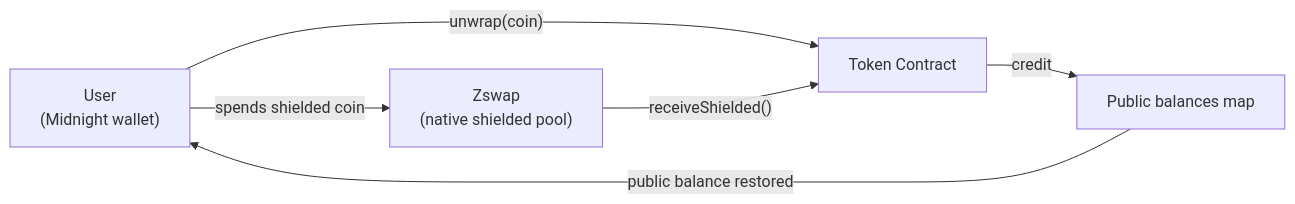
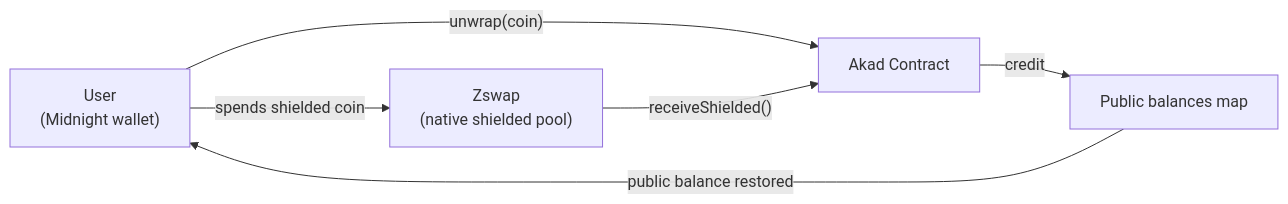
One commit to dzakwannajmi/akad changed the third of 3 diagrams in README.md. Above: the diagram before and after it, drawn with Mermaid. The commit also changed other lines of this file and 1 other file, not shown here.

First line of the commit message:
docs: document the merged akad.compact contract and real-transfer swap legs

````diff
--- a/README.md
+++ b/README.md
@@ -113,8 +118,8 @@
 ```mermaid
 flowchart LR
-  U["User<br/>(Midnight wallet)"] -->|"unwrap(coin)"| TC["Token Contract"]
+  U["User<br/>(Midnight wallet)"] -->|"unwrap(coin)"| TC["Akad Contract"]
   U -->|"spends shielded coin"| ZS["Zswap<br/>(native shielded pool)"]
   ZS -->|"receiveShielded()"| TC
   TC -->|"credit"| PB["Public balances map"]
   PB -->|"public balance restored"| U
 ```
````
